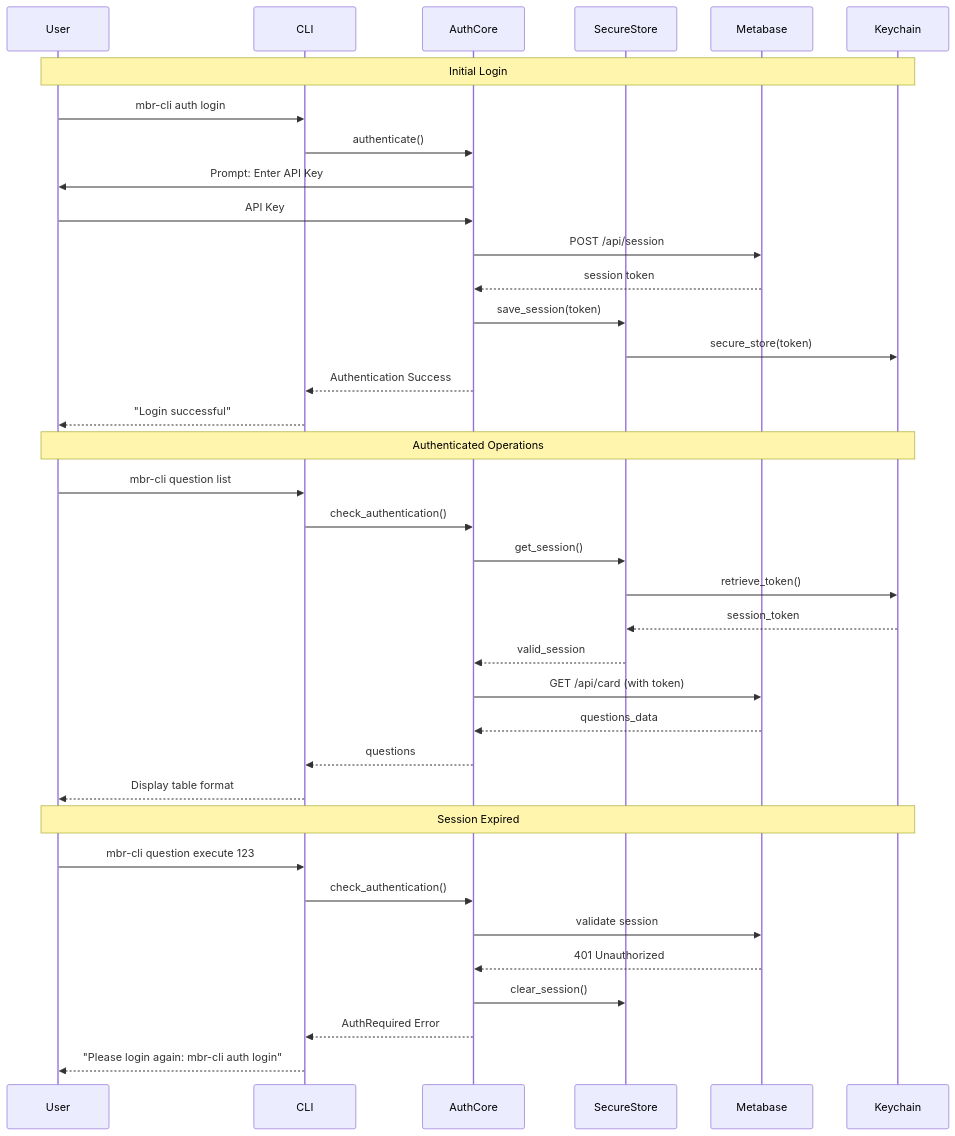
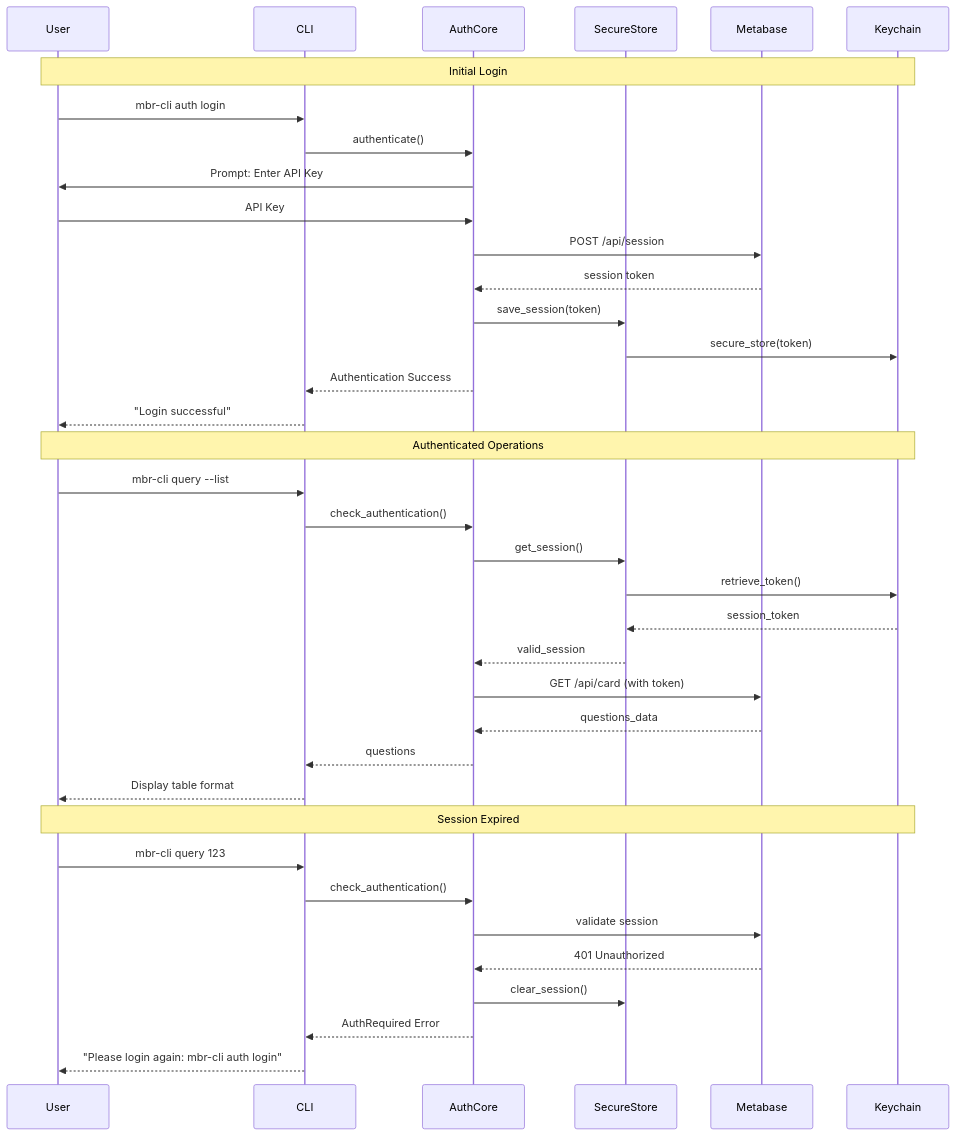
One commit to daisuke8000/mbr-cli changed the second of 6 diagrams in ARCHITECTURE.md. Above: the diagram before and after it, drawn with Mermaid. The commit also changed other lines of this file and 20 other files, not shown here.

````diff
--- a/ARCHITECTURE.md
+++ b/ARCHITECTURE.md
@@ -62,42 +62,42 @@
 ```mermaid
 sequenceDiagram
     participant User
     participant CLI
     participant AuthCore
     participant SecureStore
     participant Metabase
     participant Keychain
     
     Note over User,Keychain: Initial Login
     User->>CLI: mbr-cli auth login
     CLI->>AuthCore: authenticate()
     AuthCore->>User: Prompt: Enter API Key
     User->>AuthCore: API Key
     AuthCore->>Metabase: POST /api/session
     Metabase-->>AuthCore: session token
     AuthCore->>SecureStore: save_session(token)
     SecureStore->>Keychain: secure_store(token)
     AuthCore-->>CLI: Authentication Success
     CLI-->>User: "Login successful"
     
     Note over User,Keychain: Authenticated Operations
-    User->>CLI: mbr-cli question list
+    User->>CLI: mbr-cli query --list
     CLI->>AuthCore: check_authentication()
     AuthCore->>SecureStore: get_session()
     SecureStore->>Keychain: retrieve_token()
     Keychain-->>SecureStore: session_token
     SecureStore-->>AuthCore: valid_session
     AuthCore->>Metabase: GET /api/card (with token)
     Metabase-->>AuthCore: questions_data
     AuthCore-->>CLI: questions
     CLI-->>User: Display table format
     
     Note over User,Keychain: Session Expired
-    User->>CLI: mbr-cli question execute 123
+    User->>CLI: mbr-cli query 123
     CLI->>AuthCore: check_authentication()
     AuthCore->>Metabase: validate session
     Metabase-->>AuthCore: 401 Unauthorized
     AuthCore->>SecureStore: clear_session()
     AuthCore-->>CLI: AuthRequired Error
     CLI-->>User: "Please login again: mbr-cli auth login"
 ```
````
